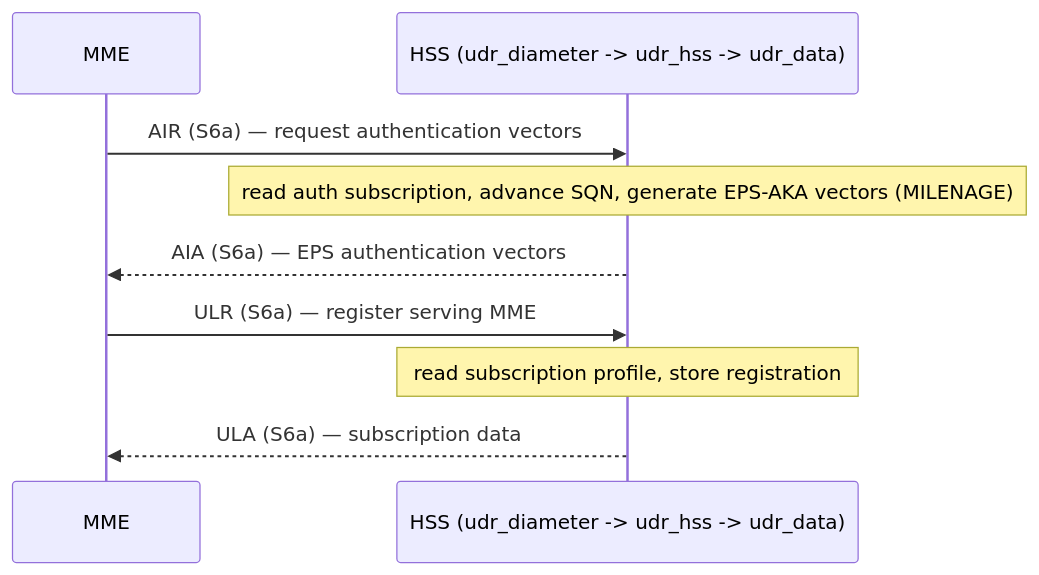
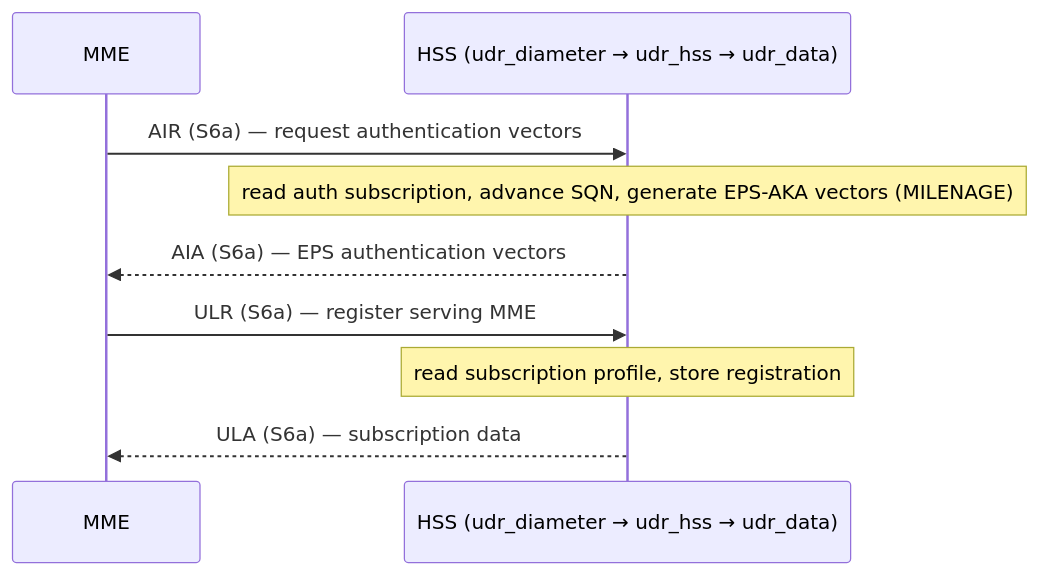
Before and after one commit to next-nf/udr: the second of 2 diagrams in docs/manual/overview.md, drawn with Mermaid. The commit also changed 4 other files, not shown here.

First line of the commit message:
docs(manual): fix Mermaid diagrams not rendering on GitHub

````diff
--- a/docs/manual/overview.md
+++ b/docs/manual/overview.md
@@ -102,11 +102,11 @@
 ```mermaid
 sequenceDiagram
     participant MME
-    participant HSS as HSS (udr_diameter -> udr_hss -> udr_data)
+    participant HSS as HSS (udr_diameter → udr_hss → udr_data)
     MME->>HSS: AIR (S6a) — request authentication vectors
     Note over HSS: read auth subscription, advance SQN, generate EPS-AKA vectors (MILENAGE)
     HSS-->>MME: AIA (S6a) — EPS authentication vectors
     MME->>HSS: ULR (S6a) — register serving MME
     Note over HSS: read subscription profile, store registration
     HSS-->>MME: ULA (S6a) — subscription data
 ```
````
